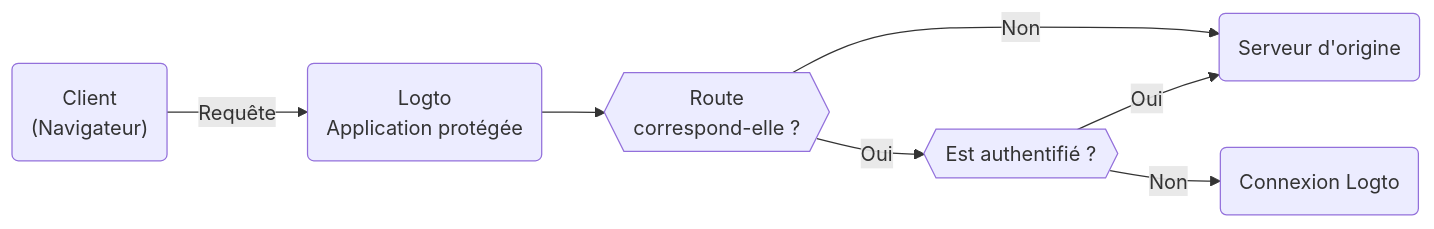
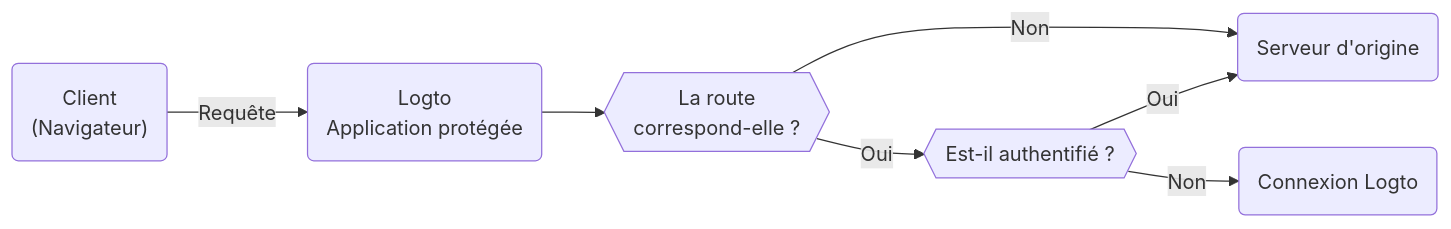
One commit to logto-io/docs changed the diagram in i18n/fr/docusaurus-plugin-content-docs/current/integrate-logto/protected-app.mdx. Above: the diagram before and after it, drawn with Mermaid. The commit also changed other lines of this file and 428 other files, not shown here.

````diff
--- a/i18n/fr/docusaurus-plugin-content-docs/current/integrate-logto/protected-app.mdx
+++ b/i18n/fr/docusaurus-plugin-content-docs/current/integrate-logto/protected-app.mdx
@@ -17,9 +17,9 @@
 ```mermaid
 graph LR
   A("Client<br/>(Navigateur)") -->|Requête| B(Logto<br/>Application protégée)
-  B --> Condition{{Route<br/>correspond-elle ?}}
-  Condition -->|Oui| Matched{{Est authentifié ?}}
+  B --> Condition{{La route<br/>correspond-elle ?}}
+  Condition -->|Oui| Matched{{Est-il authentifié ?}}
   Matched -->|Oui| C(Serveur d'origine)
   Matched -->|Non| D(Connexion Logto)
   Condition -->|Non| C
 ```
````
